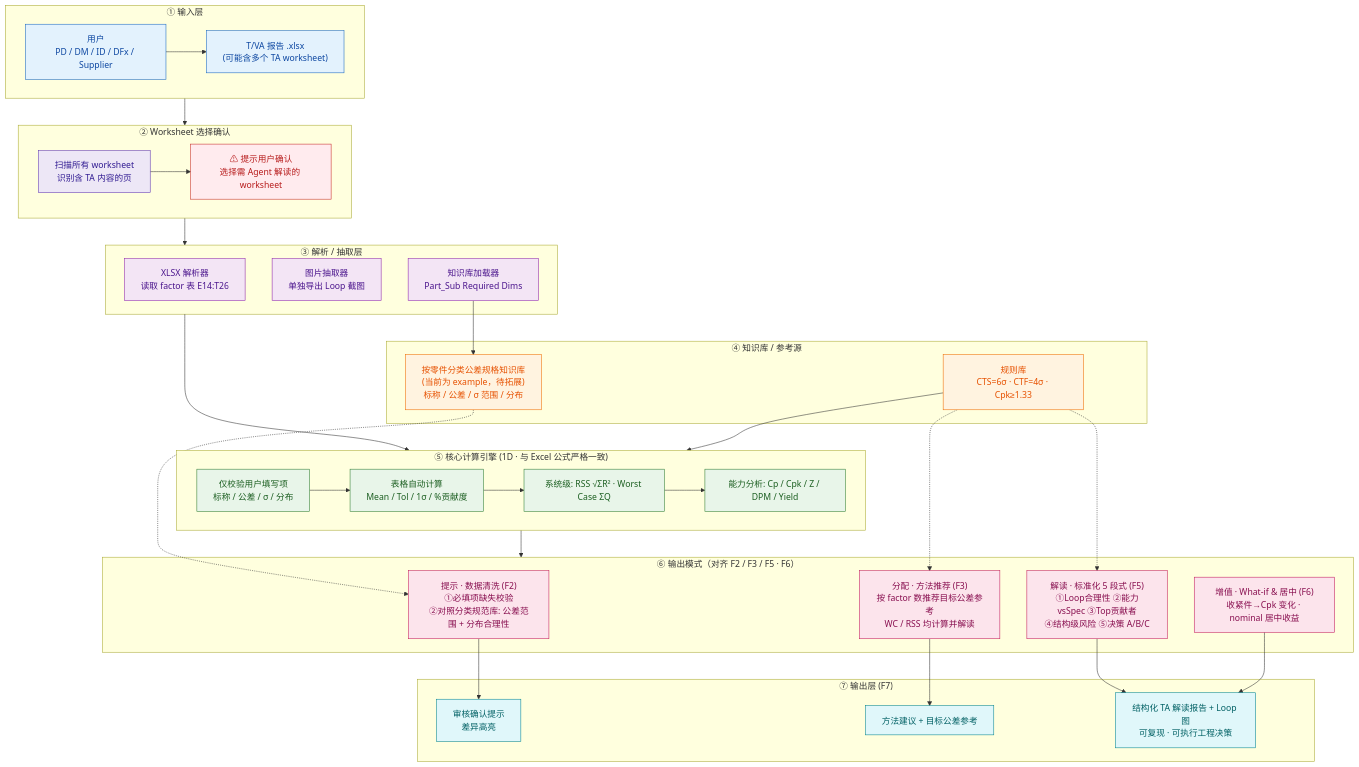
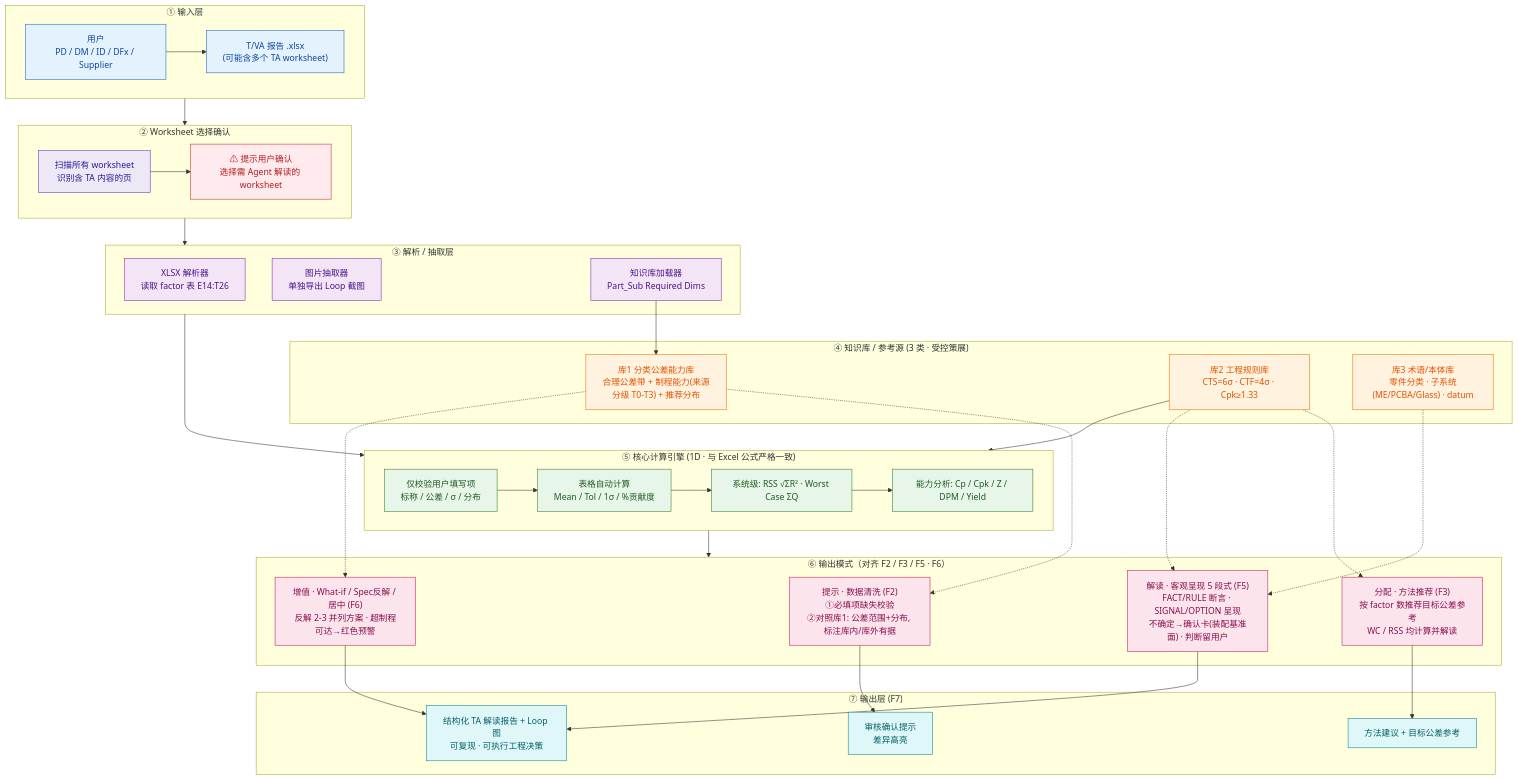
One commit to MS-AI-in-Product-Making/TA-Assist-Agent changed the diagram in docs/01-architecture.md. Above: the diagram before and after it, drawn with Mermaid. The commit also changed other lines of this file and 5 other files, not shown here.

````diff
--- a/docs/01-architecture.md
+++ b/docs/01-architecture.md
@@ -8,68 +8,71 @@
 ```mermaid
 flowchart TB
     subgraph IN["① 输入层"]
         U["用户<br/>PD / DM / ID / DFx / Supplier"]
         XLSX["T/VA 报告 .xlsx<br/>(可能含多个 TA worksheet)"]
         U --> XLSX
     end
     subgraph SEL["② Worksheet 选择确认"]
         S1["扫描所有 worksheet<br/>识别含 TA 内容的页"]
         S2["⚠ 提示用户确认<br/>选择需 Agent 解读的 worksheet"]
         S1 --> S2
     end
     subgraph EXT["③ 解析 / 抽取层"]
         P1["XLSX 解析器<br/>读取 factor 表 E14:T26"]
         P2["图片抽取器<br/>单独导出 Loop 截图"]
         P3["知识库加载器<br/>Part_Sub Required Dims"]
     end
-    subgraph KB["④ 知识库 / 参考源"]
-        KBA["按零件分类公差规格知识库<br/>(当前为 example，待拓展)<br/>标称 / 公差 / σ 范围 / 分布"]
-        KBB["规则库<br/>CTS=6σ · CTF=4σ · Cpk≥1.33"]
+    subgraph KB["④ 知识库 / 参考源 (3 类 · 受控策展)"]
+        KBA["库1 分类公差能力库<br/>合理公差带 + 制程能力(来源分级 T0-T3) + 推荐分布"]
+        KBB["库2 工程规则库<br/>CTS=6σ · CTF=4σ · Cpk≥1.33"]
+        KBC["库3 术语/本体库<br/>零件分类 · 子系统(ME/PCBA/Glass) · datum"]
     end
     subgraph ENG["⑤ 核心计算引擎 (1D · 与 Excel 公式严格一致)"]
         E0["仅校验用户填写项<br/>标称 / 公差 / σ / 分布"]
         E1["表格自动计算<br/>Mean / Tol / 1σ / %贡献度"]
         E2["系统级: RSS √ΣR² · Worst Case ΣQ"]
         E3["能力分析: Cp / Cpk / Z / DPM / Yield"]
         E0 --> E1 --> E2 --> E3
     end
     subgraph MODE["⑥ 输出模式（对齐 F2 / F3 / F5 · F6）"]
-        M1["提示 · 数据清洗 (F2)<br/>①必填项缺失校验<br/>②对照分类规范库: 公差范围 + 分布合理性"]
+        M1["提示 · 数据清洗 (F2)<br/>①必填项缺失校验<br/>②对照库1: 公差范围+分布, 标注库内/库外有据"]
         M2["分配 · 方法推荐 (F3)<br/>按 factor 数推荐目标公差参考<br/>WC / RSS 均计算并解读"]
-        M3["解读 · 标准化 5 段式 (F5)<br/>①Loop合理性 ②能力vsSpec ③Top贡献者<br/>④结构级风险 ⑤决策 A/B/C"]
-        M4["增值 · What-if & 居中 (F6)<br/>收紧件→Cpk 变化 · nominal 居中收益"]
+        M3["解读 · 客观呈现 5 段式 (F5)<br/>FACT/RULE 断言 · SIGNAL/OPTION 呈现<br/>不确定→确认卡(装配基准面) · 判断留用户"]
+        M4["增值 · What-if / Spec反解 / 居中 (F6)<br/>反解 2-3 并列方案 · 超制程可达→红色预警"]
     end
     subgraph OUT["⑦ 输出层 (F7)"]
         O1["审核确认提示<br/>差异高亮"]
         O2["方法建议 + 目标公差参考"]
         O3["结构化 TA 解读报告 + Loop 图<br/>可复现 · 可执行工程决策"]
     end
     IN --> SEL --> EXT
     EXT --> ENG
     ENG --> MODE
     P3 --> KBA
     KBB --> ENG
     KBA -.-> M1
     KBB -.-> M2
     KBB -.-> M3
+    KBC -.-> M3
+    KBA -.-> M4
     M1 --> O1
     M2 --> O2
     M3 --> O3
     M4 --> O3
     classDef in fill:#e3f2fd,stroke:#1565c0,color:#0d47a1
     classDef sel fill:#ede7f6,stroke:#5e35b1,color:#311b92
     classDef ext fill:#f3e5f5,stroke:#8e24aa,color:#4a148c
     classDef kb fill:#fff3e0,stroke:#ef6c00,color:#e65100
     classDef eng fill:#e8f5e9,stroke:#2e7d32,color:#1b5e20
     classDef mode fill:#fce4ec,stroke:#c2185b,color:#880e4f
     classDef out fill:#e0f7fa,stroke:#00838f,color:#006064
     classDef warn fill:#ffebee,stroke:#c62828,color:#b71c1c
     class U,XLSX in
     class S1 sel
     class S2 warn
     class P1,P2,P3 ext
-    class KBA,KBB kb
+    class KBA,KBB,KBC kb
     class E0,E1,E2,E3 eng
     class M1,M2,M3,M4 mode
     class O1,O2,O3 out
 ```
````
